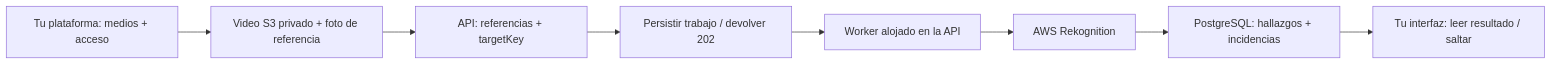
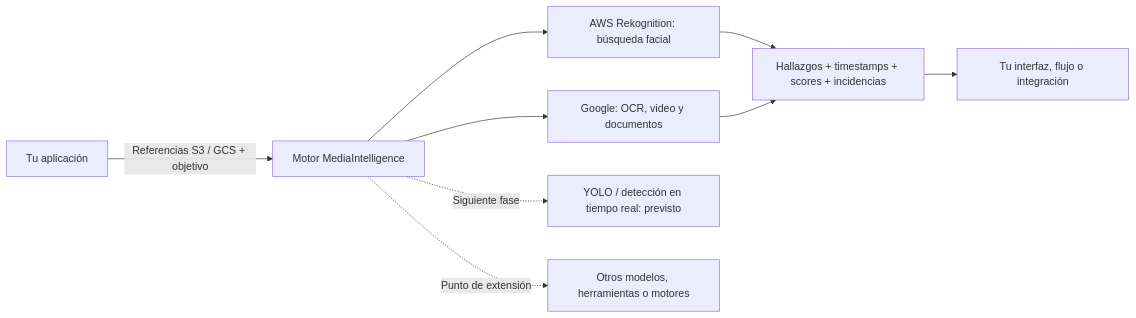
Before and after one commit to lokomurdok89/DeValpo.MediaIntelligence: the first of 2 diagrams in README.es.md, drawn with Mermaid. The commit also changed other lines of this file and 5 other files, not shown here.

Commit message:
docs: clarify cloud-first engine and next YOLO integration phase

````diff
--- a/README.es.md
+++ b/README.es.md
@@ -102,10 +22,11 @@
 ```mermaid
 flowchart LR
-    P["Tu plataforma: medios + acceso"] --> S["Video S3 privado + foto de referencia"]
-    S --> A["API: referencias + targetKey"]
-    A --> J["Persistir trabajo / devolver 202"]
-    J --> W["Worker alojado en la API"]
-    W --> R["AWS Rekognition"]
-    R --> D["PostgreSQL: hallazgos + incidencias"]
-    D --> U["Tu interfaz: leer resultado / saltar"]
+    App["Tu aplicación"] -->|"Referencias S3 / GCS + objetivo"| Engine["Motor MediaIntelligence"]
+    Engine --> AWS["AWS Rekognition: búsqueda facial"]
+    Engine --> Google["Google: OCR, video y documentos"]
+    AWS --> Result["Hallazgos + timestamps + scores + incidencias"]
+    Google --> Result
+    Result --> UI["Tu interfaz, flujo o integración"]
+    Engine -. "Siguiente fase" .-> YOLO["YOLO / detección en tiempo real: previsto"]
+    Engine -. "Punto de extensión" .-> Other["Otros modelos, herramientas o motores"]
 ```
````
